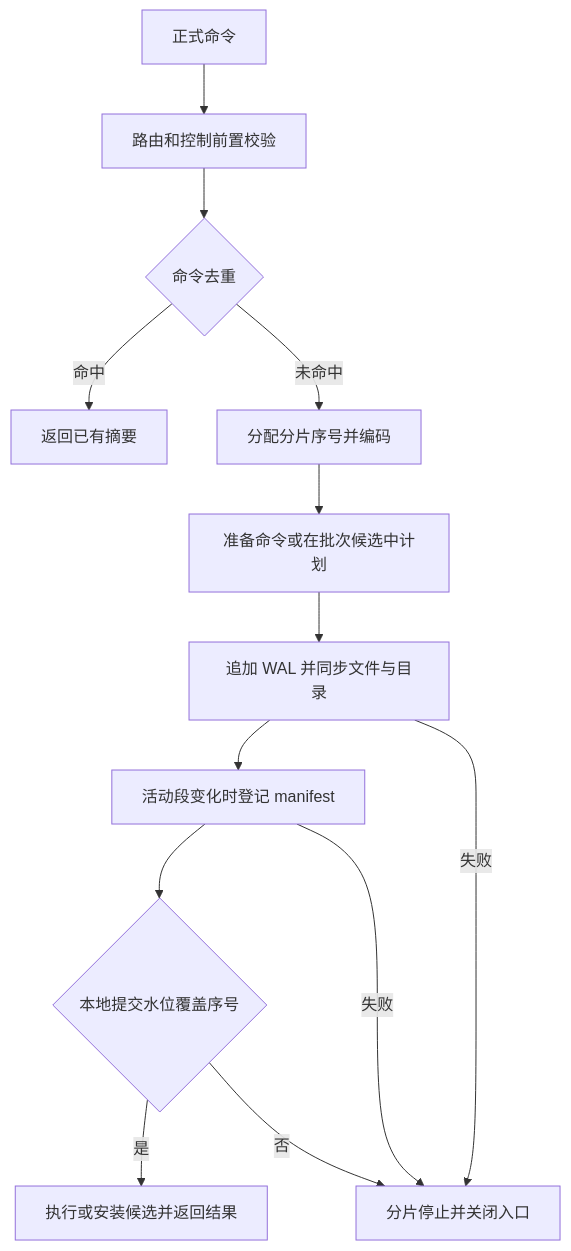
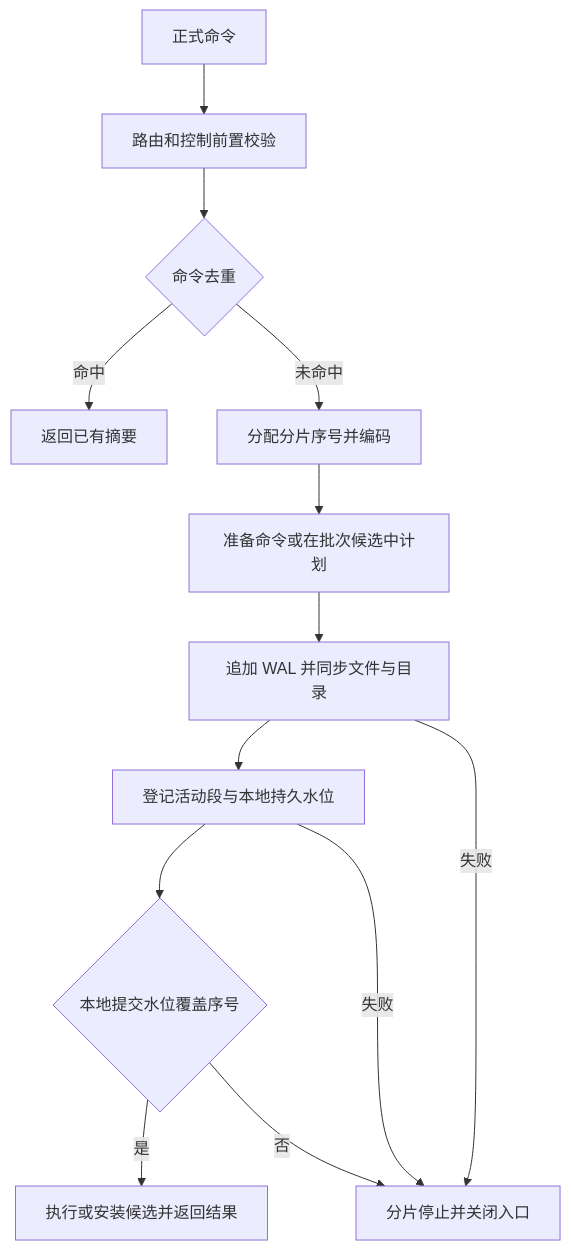
The third of 4 diagrams in docs/wal.md (YANSHAO0032/tide-matching-engine), drawn with Mermaid before and after one commit. The commit also changed other lines of this file and 21 other files, not shown here.

````diff
--- a/docs/wal.md
+++ b/docs/wal.md
@@ -71,15 +71,15 @@
 ```mermaid
 flowchart TD
     A[正式命令] --> B[路由和控制前置校验]
     B --> C{命令去重}
     C -- 命中 --> D[返回已有摘要]
     C -- 未命中 --> E[分配分片序号并编码]
     E --> K[准备命令或在批次候选中计划]
     K --> F[追加 WAL 并同步文件与目录]
-    F --> G[活动段变化时登记 manifest]
+    F --> G[登记活动段与本地持久水位]
     G --> H{本地提交水位覆盖序号}
     H -- 是 --> I[执行或安装候选并返回结果]
     F -- 失败 --> J[分片停止并关闭入口]
     G -- 失败 --> J
     H -- 否 --> J
 ```
````
